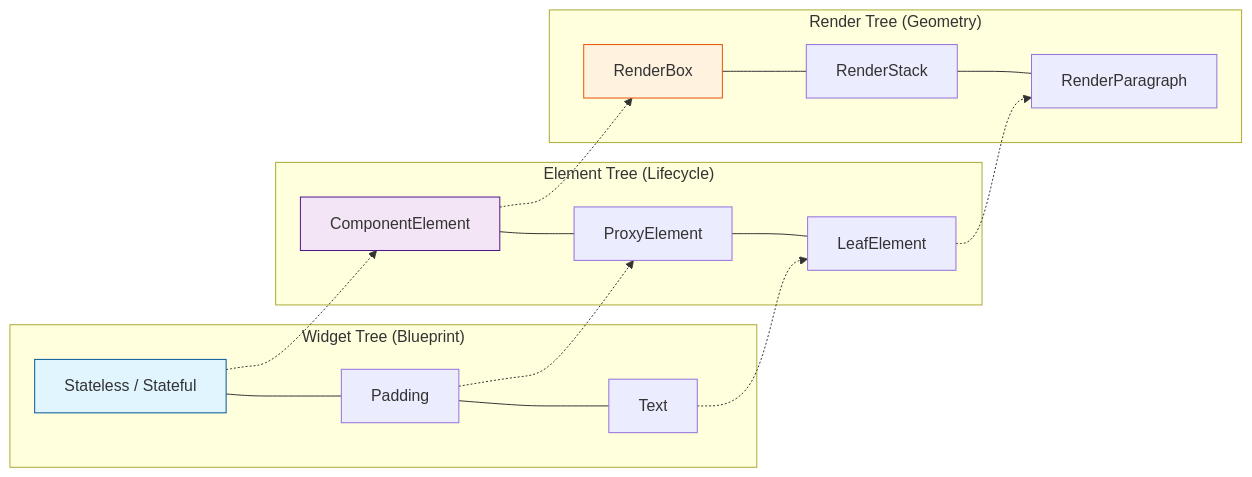
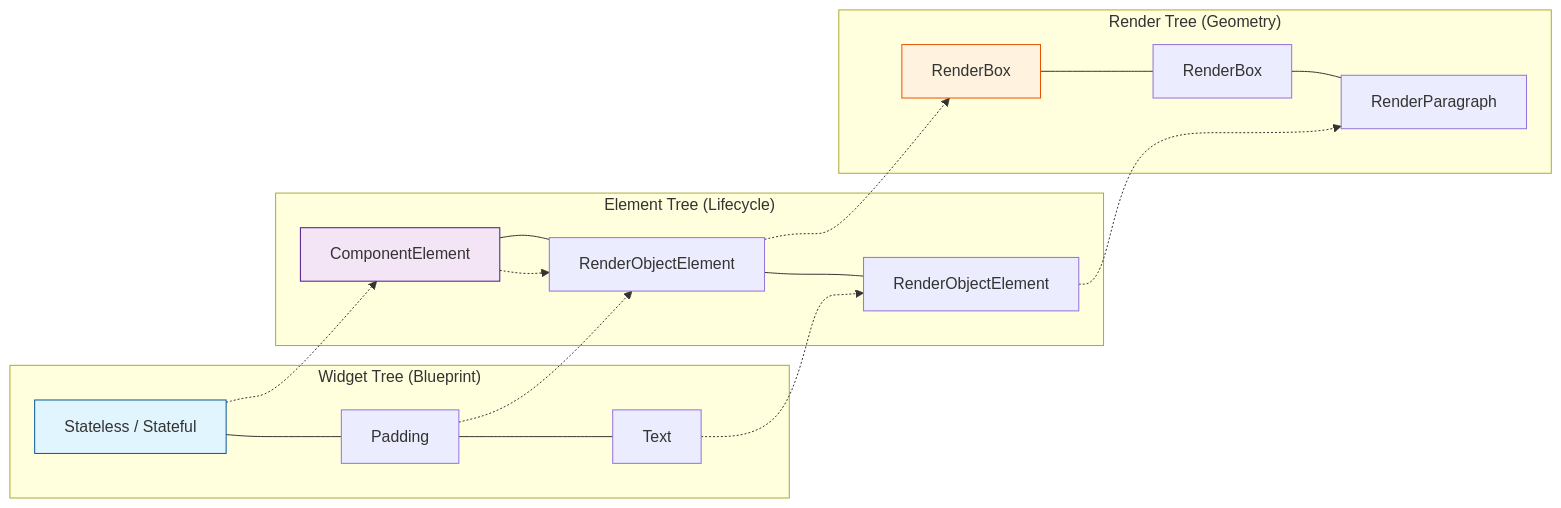
Before and after one commit to yasindev2/flutter: the second of 3 diagrams in trees_and_mechanics.md, drawn with Mermaid. The commit also changed other lines of this file and 4 other files, not shown here.

````diff
--- a/trees_and_mechanics.md
+++ b/trees_and_mechanics.md
@@ -37,26 +46,27 @@
 ```mermaid
 graph LR
     subgraph "Widget Tree (Blueprint)"
         W1[Stateless / Stateful] --- W2[Padding] --- W3[Text]
     end
     
     subgraph "Element Tree (Lifecycle)"
-        E1[ComponentElement] --- E2[ProxyElement] --- E3[LeafElement]
+        E1[ComponentElement] --- E2[RenderObjectElement] --- E3[RenderObjectElement]
     end
     
     subgraph "Render Tree (Geometry)"
-        R1[RenderBox] --- R2[RenderStack] --- R3[RenderParagraph]
+        R1[RenderBox] --- R2[RenderBox] --- R3[RenderParagraph]
     end
     
     W1 -.-> E1
-    E1 -.-> R1
+    E1 -.-> E2
+    E2 -.-> R1
     
     W2 -.-> E2
     
     W3 -.-> E3
     E3 -.-> R3
     
     style W1 fill:#e1f5fe,stroke:#01579b
     style E1 fill:#f3e5f5,stroke:#4a148c
     style R1 fill:#fff3e0,stroke:#e65100
 ```
````
